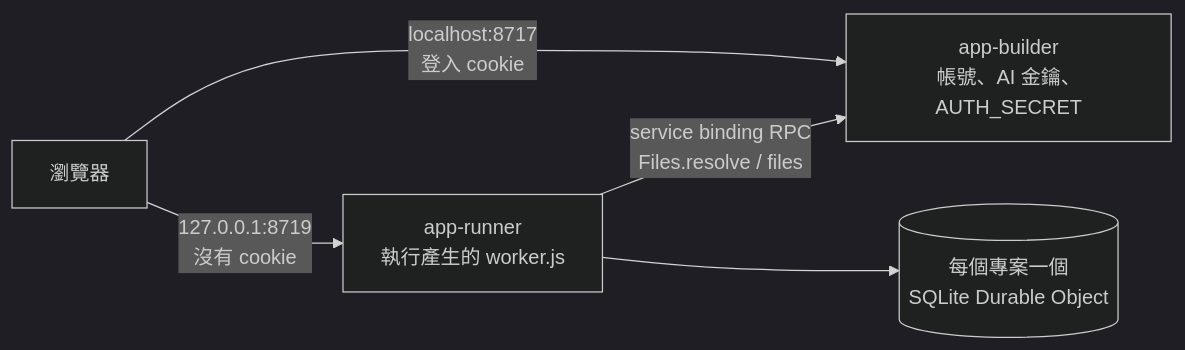
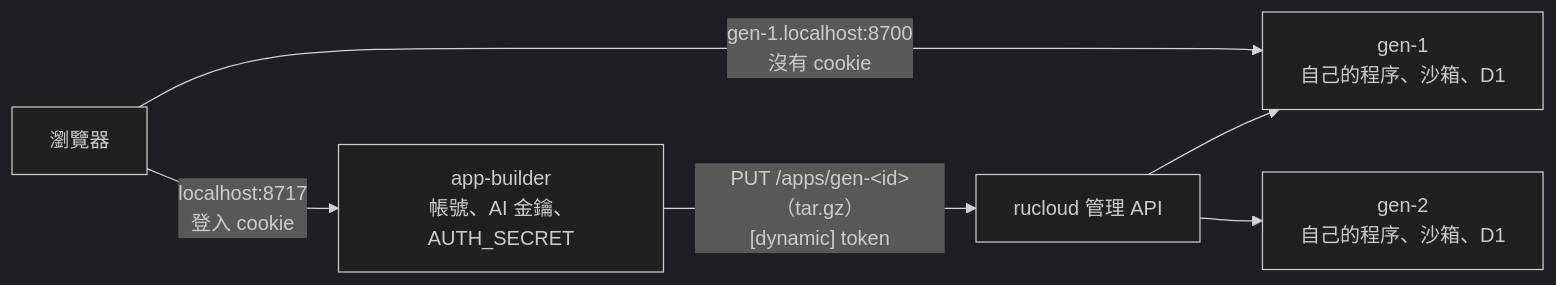
One commit to ccc-claude-opus/rucloud changed the diagram in examples/app-builder/README.md. Above: the diagram before and after it, drawn with Mermaid (dark theme). The commit also changed other lines of this file and 26 other files, not shown here.

````diff
--- a/examples/app-builder/README.md
+++ b/examples/app-builder/README.md
@@ -39,7 +39,8 @@
 ```mermaid
 flowchart LR
   U[瀏覽器] -- "localhost:8717<br/>登入 cookie" --> B[app-builder<br/>帳號、AI 金鑰、AUTH_SECRET]
-  U -- "127.0.0.1:8719<br/>沒有 cookie" --> R[app-runner<br/>執行產生的 worker.js]
-  R -- "service binding RPC<br/>Files.resolve / files" --> B
-  R --> D[(每個專案一個<br/>SQLite Durable Object)]
+  B -- "PUT /apps/gen-&lt;id&gt;（tar.gz）<br/>[dynamic] token" --> A[rucloud 管理 API]
+  A --> G1[gen-1<br/>自己的程序、沙箱、D1]
+  A --> G2[gen-2<br/>自己的程序、沙箱、D1]
+  U -- "gen-1.localhost:8700<br/>沒有 cookie" --> G1
 ```
````
